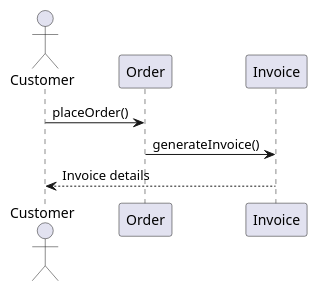
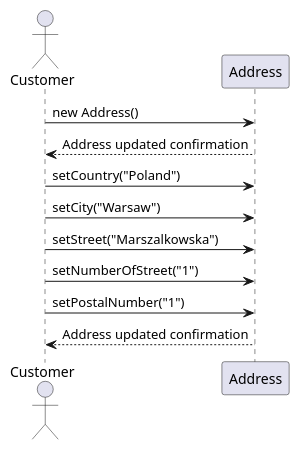
Before and after one commit to szczepanikoww/Store_4Spaces: the diagram in Model UML/src/diagram_sekwencji_v2.puml, drawn with PlantUML. The commit also changed 7 other files, not shown here.

```diff
--- a/Model UML/src/diagram_sekwencji_v2.puml
+++ b/Model UML/src/diagram_sekwencji_v2.puml
@@ -1,11 +1,18 @@
 @startuml
 actor Customer as c
-participant Order as o
-participant Invoice as i
+participant Address as cust
 
-' tworzenie faktury
+c -> cust : new Address()
+cust --> c : Address updated confirmation
 
-c -> o : placeOrder()
-o -> i : generateInvoice()
-i --> c : Invoice details
+
+c -> cust : setCountry("Poland")
+c -> cust : setCity("Warsaw")
+c -> cust : setStreet("Marszalkowska")
+c -> cust : setNumberOfStreet("1")
+c -> cust : setPostalNumber("1")
+
+cust --> c : Address updated confirmation
+
+
 @enduml
```
